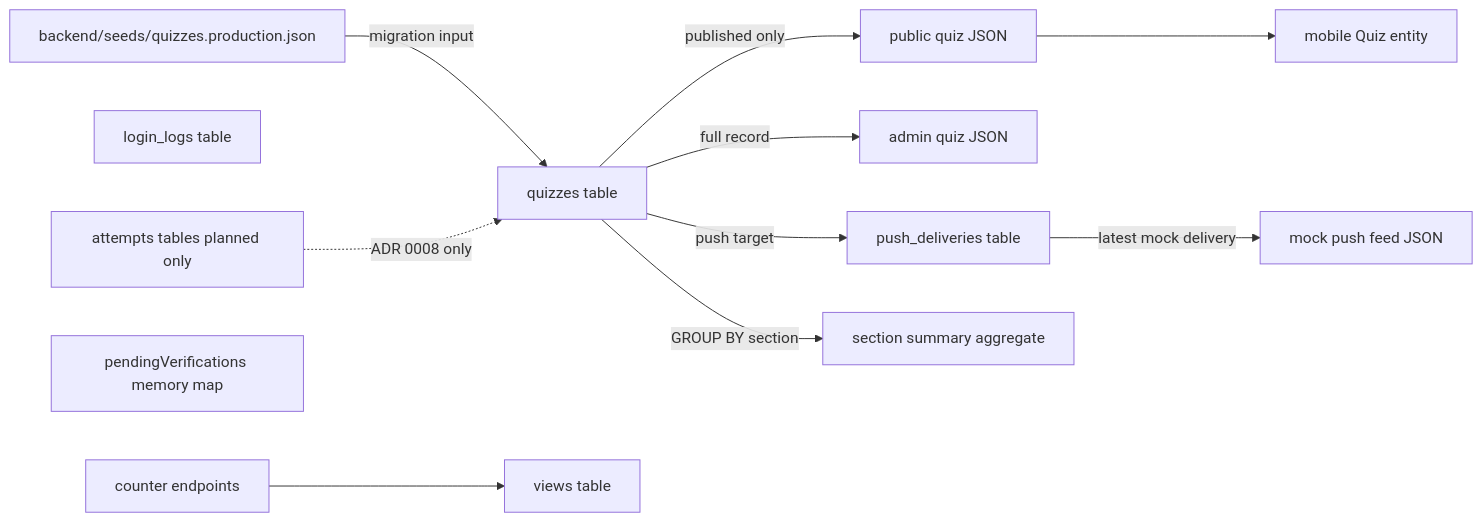
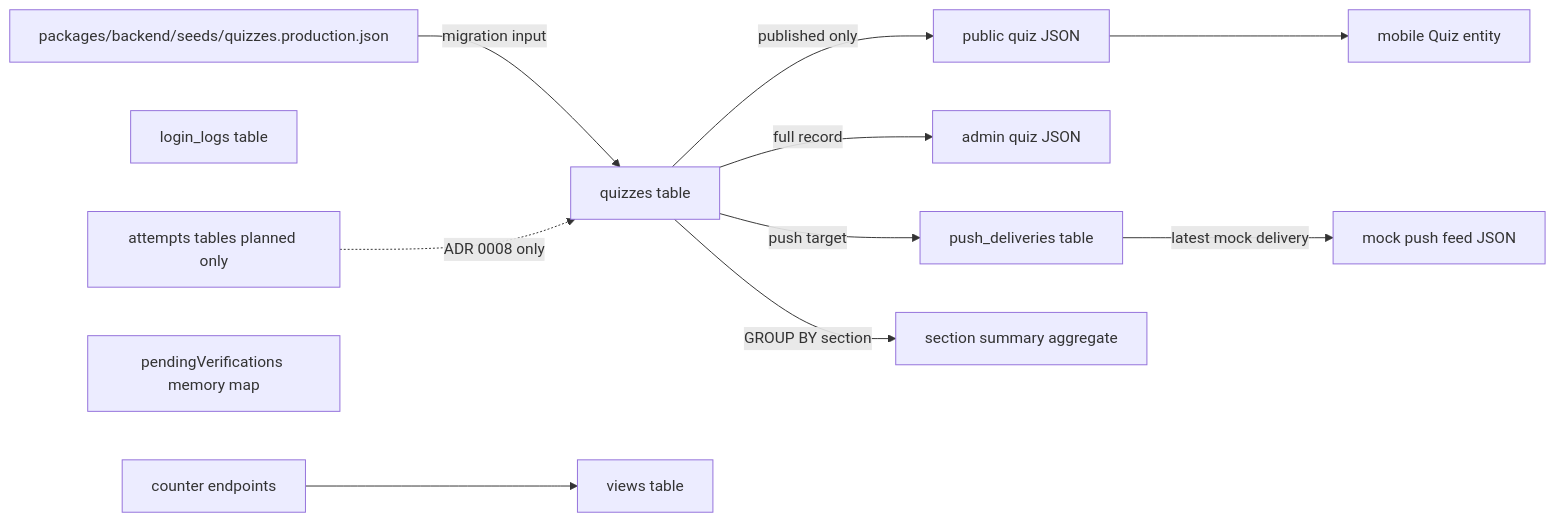
The first of 2 diagrams in docs/architecture/data-model.md (Yoshinaga123/quiz), drawn with Mermaid before and after one commit. The commit also changed other lines of this file and 318 other files, not shown here.

````diff
--- a/docs/architecture/data-model.md
+++ b/docs/architecture/data-model.md
@@ -8,26 +8,26 @@
 ```mermaid
 flowchart LR
-    Seed["backend/seeds/quizzes.production.json"]
+    Seed["packages/backend/seeds/quizzes.production.json"]
     Quizzes["quizzes table"]
     Views["views table"]
     LoginLogs["login_logs table"]
     PushDeliveries["push_deliveries table"]
     Counter["counter endpoints"]
     AdminQuiz["admin quiz JSON"]
     PublicQuiz["public quiz JSON"]
     SectionSummary["section summary aggregate"]
     MockPushFeed["mock push feed JSON"]
     MobileQuiz["mobile Quiz entity"]
     Verification["pendingVerifications memory map"]
     Attempts["attempts tables planned only"]
 
     Seed -->|migration input| Quizzes
     Quizzes -->|full record| AdminQuiz
     Quizzes -->|published only| PublicQuiz
     Quizzes -->|GROUP BY section| SectionSummary
     Quizzes -->|push target| PushDeliveries
     PushDeliveries -->|latest mock delivery| MockPushFeed
     PublicQuiz --> MobileQuiz
     Counter --> Views
     Attempts -. ADR 0008 only .-> Quizzes
 ```
````
